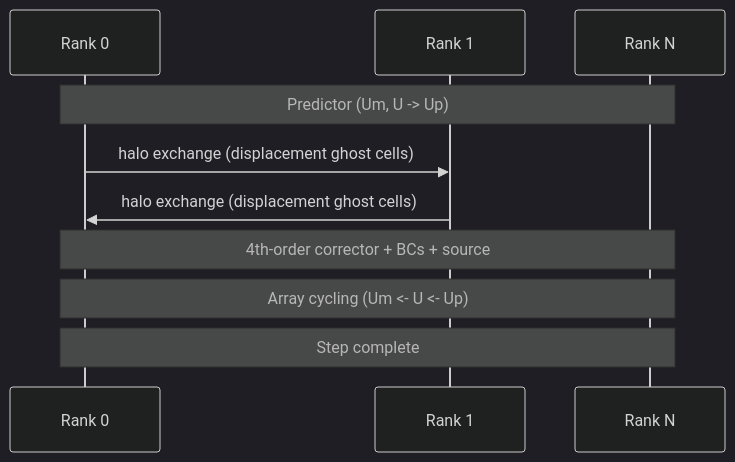
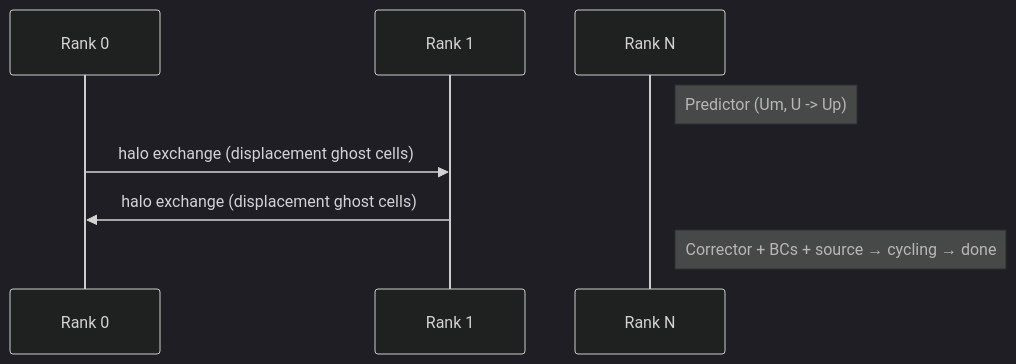
The second of 3 diagrams in tests/apps/docs/SW4lite/README.md (ngduchai/guard-agent), drawn with Mermaid (dark theme) before and after one commit. The commit also changed other lines of this file and 43 other files, not shown here.

````diff
--- a/tests/apps/docs/SW4lite/README.md
+++ b/tests/apps/docs/SW4lite/README.md
@@ -100,13 +100,11 @@
 ```mermaid
 sequenceDiagram
     participant R0 as Rank 0
     participant R1 as Rank 1
     participant RN as Rank N
 
-    Note over R0,RN: Predictor (Um, U -> Up)
+    Note right of RN: Predictor (Um, U -> Up)
     R0->>R1: halo exchange (displacement ghost cells)
     R1->>R0: halo exchange (displacement ghost cells)
-    Note over R0,RN: 4th-order corrector + BCs + source
-    Note over R0,RN: Array cycling (Um <- U <- Up)
-    Note over R0,RN: Step complete
+    Note right of RN: Corrector + BCs + source → cycling → done
 ```
````
